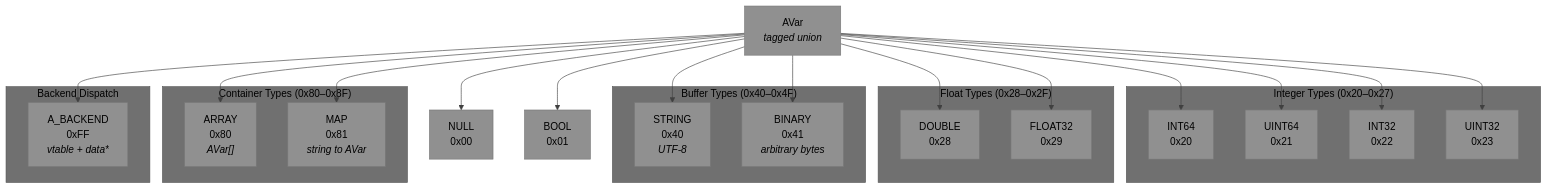
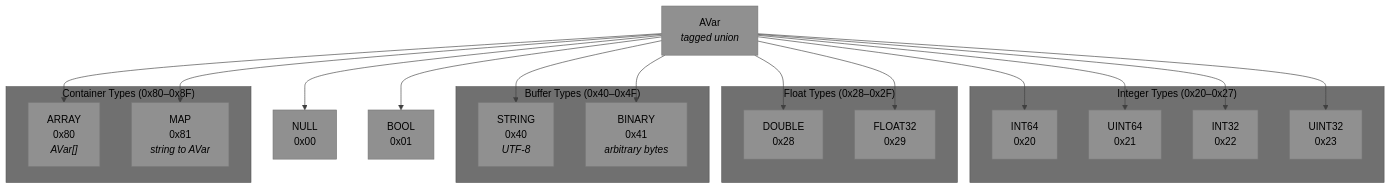
Before and after one commit to visionik/anyvar: the second of 11 diagrams in README.md, drawn with Mermaid. The commit also changed other lines of this file, not shown here.

Commit message:
feat: A_FLAG_BACKEND bit 31, bool value in type, owned in type flags (v0.5.0)

````diff
--- a/README.md
+++ b/README.md
@@ -68,47 +68,42 @@
 ```mermaid
 %%{init: {'theme': 'base', 'themeVariables': { 'primaryColor': '#909090', 'secondaryColor': '#808080', 'tertiaryColor': '#707070', 'primaryTextColor': '#000000', 'secondaryTextColor': '#000000', 'tertiaryTextColor': '#000000', 'noteTextColor': '#000000', 'lineColor': '#404040' }}}%%
 graph TD
     AV["AVar<br/><i>tagged union</i>"]
     N["NULL<br/>0x00"]
     B["BOOL<br/>0x01"]
 
     subgraph "Integer Types  (0x20–0x27)"
         I64["INT64<br/>0x20"]
         U64["UINT64<br/>0x21"]
         I32["INT32<br/>0x22"]
         U32["UINT32<br/>0x23"]
     end
 
     subgraph "Float Types  (0x28–0x2F)"
         DBL["DOUBLE<br/>0x28"]
         F32["FLOAT32<br/>0x29"]
     end
 
     subgraph "Buffer Types  (0x40–0x4F)"
         S["STRING<br/>0x40<br/><i>UTF-8</i>"]
         BN["BINARY<br/>0x41<br/><i>arbitrary bytes</i>"]
     end
 
     subgraph "Container Types  (0x80–0x8F)"
         A["ARRAY<br/>0x80<br/><i>AVar[]</i>"]
         M["MAP<br/>0x81<br/><i>string to AVar</i>"]
     end
 
-    subgraph "Backend Dispatch"
-        C["A_BACKEND<br/>0xFF<br/><i>vtable + data*</i>"]
-    end
-
     AV --> N
     AV --> B
     AV --> I64
     AV --> U64
     AV --> I32
     AV --> U32
     AV --> DBL
     AV --> F32
     AV --> S
     AV --> BN
     AV --> A
     AV --> M
-    AV --> C
 ```
````
